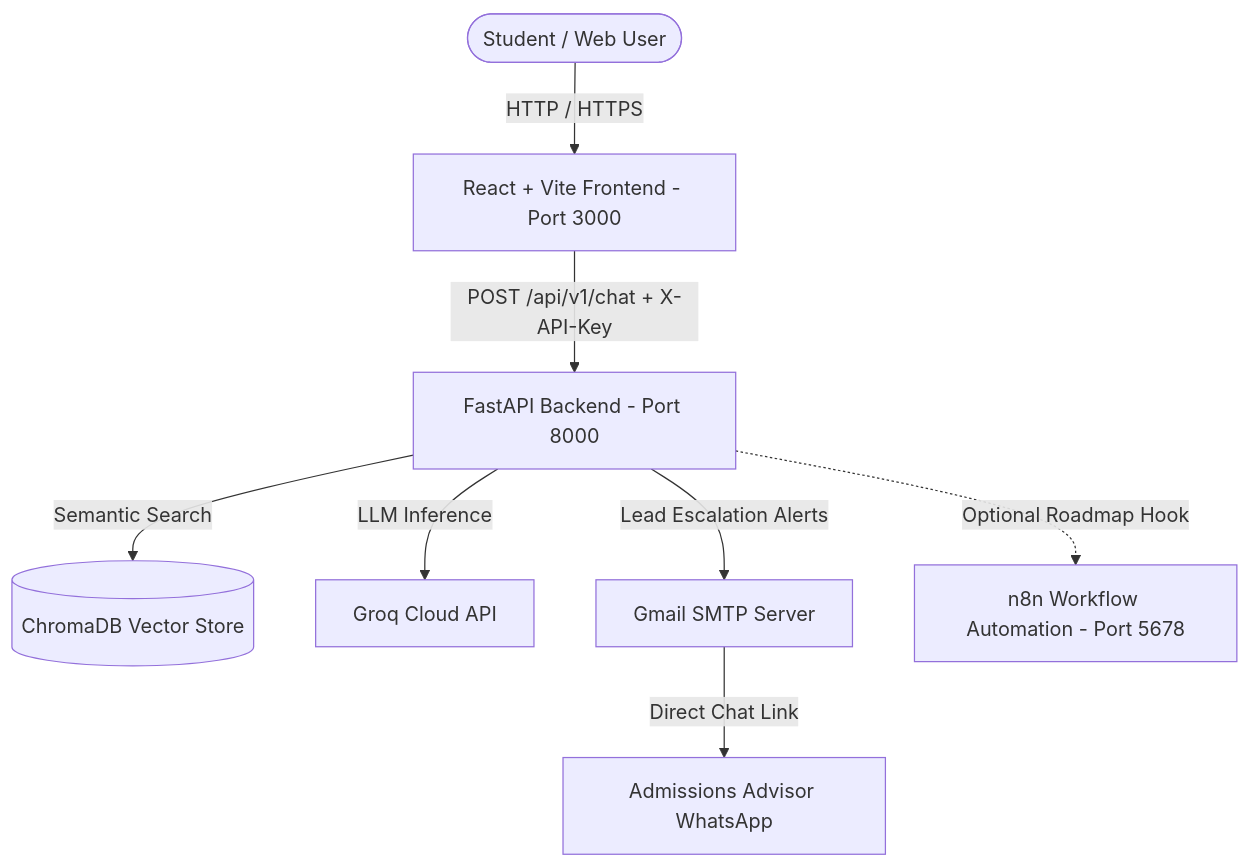
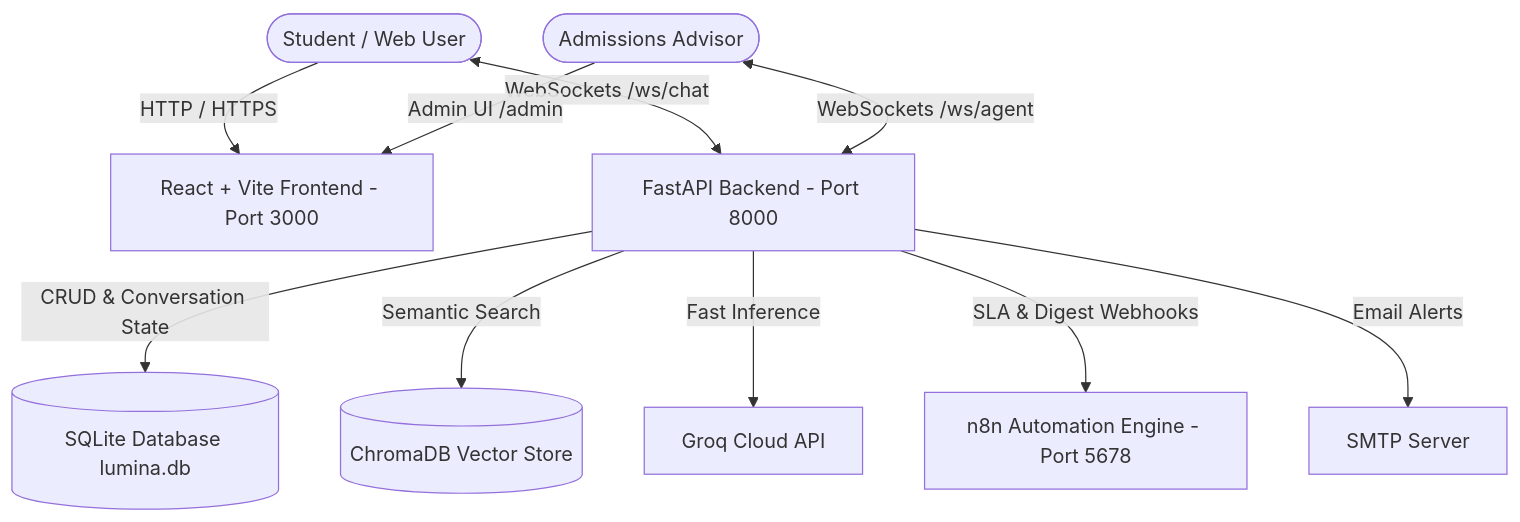
Before and after one commit to Brxynxr/PruebaDesempe-oAI: the diagram in README.md, drawn with Mermaid. The commit also changed other lines of this file and 35 other files, not shown here.

````diff
--- a/README.md
+++ b/README.md
@@ -33,10 +42,13 @@
 ```mermaid
 graph TD
-    User([Student / Web User]) -->|HTTP / HTTPS| Frontend[React + Vite Frontend - Port 3000]
-    Frontend -->|POST /api/v1/chat + X-API-Key| Backend[FastAPI Backend - Port 8000]
+    Student([Student / Web User]) -->|HTTP / HTTPS| Frontend[React + Vite Frontend - Port 3000]
+    Student <-->|WebSockets /ws/chat| Backend[FastAPI Backend - Port 8000]
+    Advisor([Admissions Advisor]) -->|Admin UI /admin| Frontend
+    Advisor <-->|WebSockets /ws/agent| Backend
+    
+    Backend -->|CRUD & Conversation State| DB[(SQLite Database lumina.db)]
     Backend -->|Semantic Search| Chroma[(ChromaDB Vector Store)]
-    Backend -->|LLM Inference| Groq[Groq Cloud API]
-    Backend -->|Lead Escalation Alerts| SMTP[Gmail SMTP Server]
-    SMTP -->|Direct Chat Link| WhatsApp[Admissions Advisor WhatsApp]
-    Backend -.->|Optional Roadmap Hook| n8n[n8n Workflow Automation - Port 5678]
+    Backend -->|Fast Inference| Groq[Groq Cloud API]
+    Backend -->|SLA & Digest Webhooks| n8n[n8n Automation Engine - Port 5678]
+    Backend -->|Email Alerts| SMTP[SMTP Server]
 ```
````
